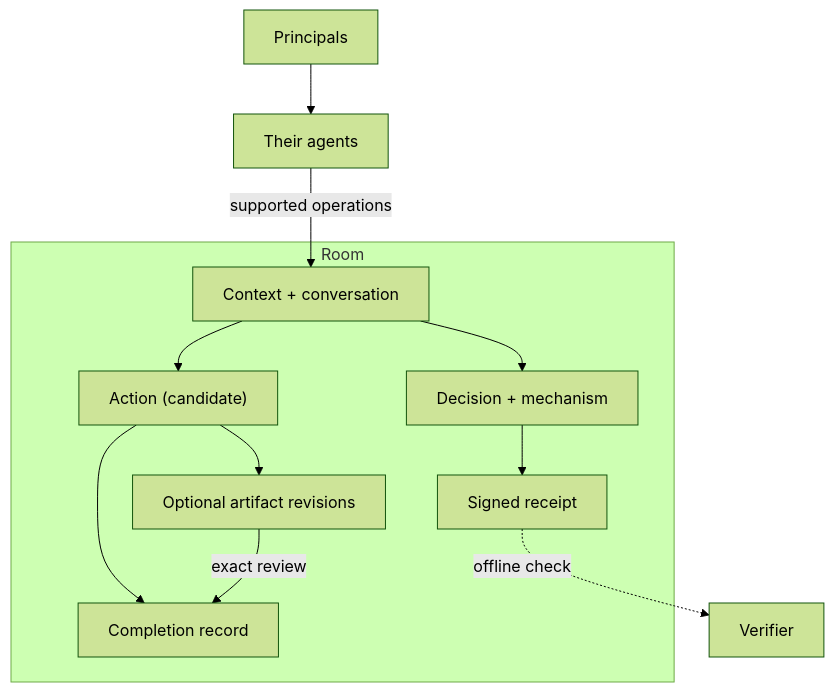
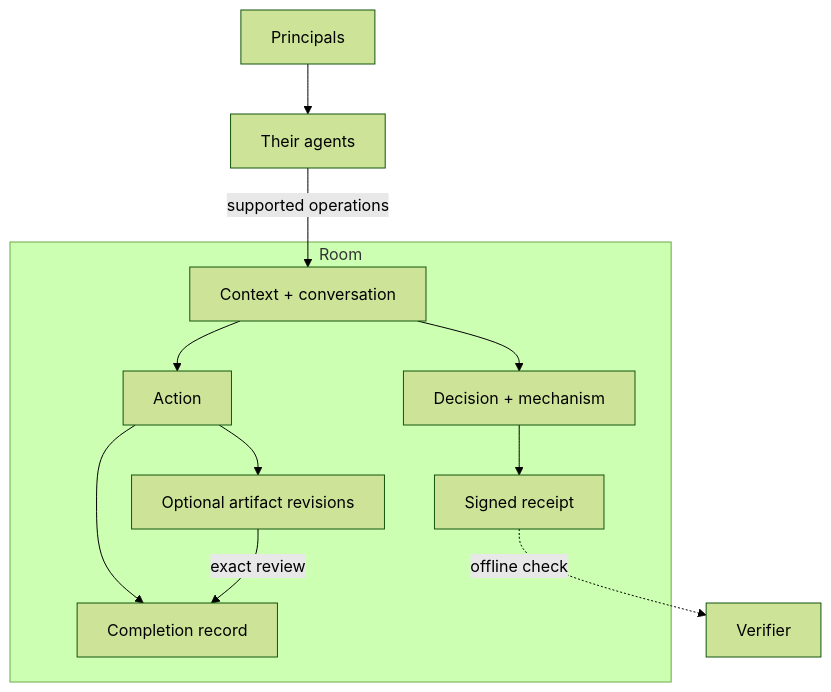
Before and after one commit to Group-Resolution-Protocol/grp: the first of 3 diagrams in apps/docs/content/docs/architecture.mdx, drawn with Mermaid (forest theme). The commit also changed other lines of this file and 50 other files, not shown here.

````diff
--- a/apps/docs/content/docs/architecture.mdx
+++ b/apps/docs/content/docs/architecture.mdx
@@ -13,20 +13,20 @@
 ```mermaid
 flowchart TB
   principals[Principals] --> agents[Their agents]
   subgraph "Room"
     shared[Context + conversation]
     decision[Decision + mechanism]
     receipt[Signed receipt]
-    action["Action (candidate)"]
+    action["Action"]
     artifact["Optional artifact revisions"]
     completion[Completion record]
     shared --> decision
     decision --> receipt
     shared --> action
     action --> completion
     action --> artifact
     artifact -- exact review --> completion
   end
   agents -- supported operations --> shared
   receipt -. offline check .-> verifier[Verifier]
 ```
````
